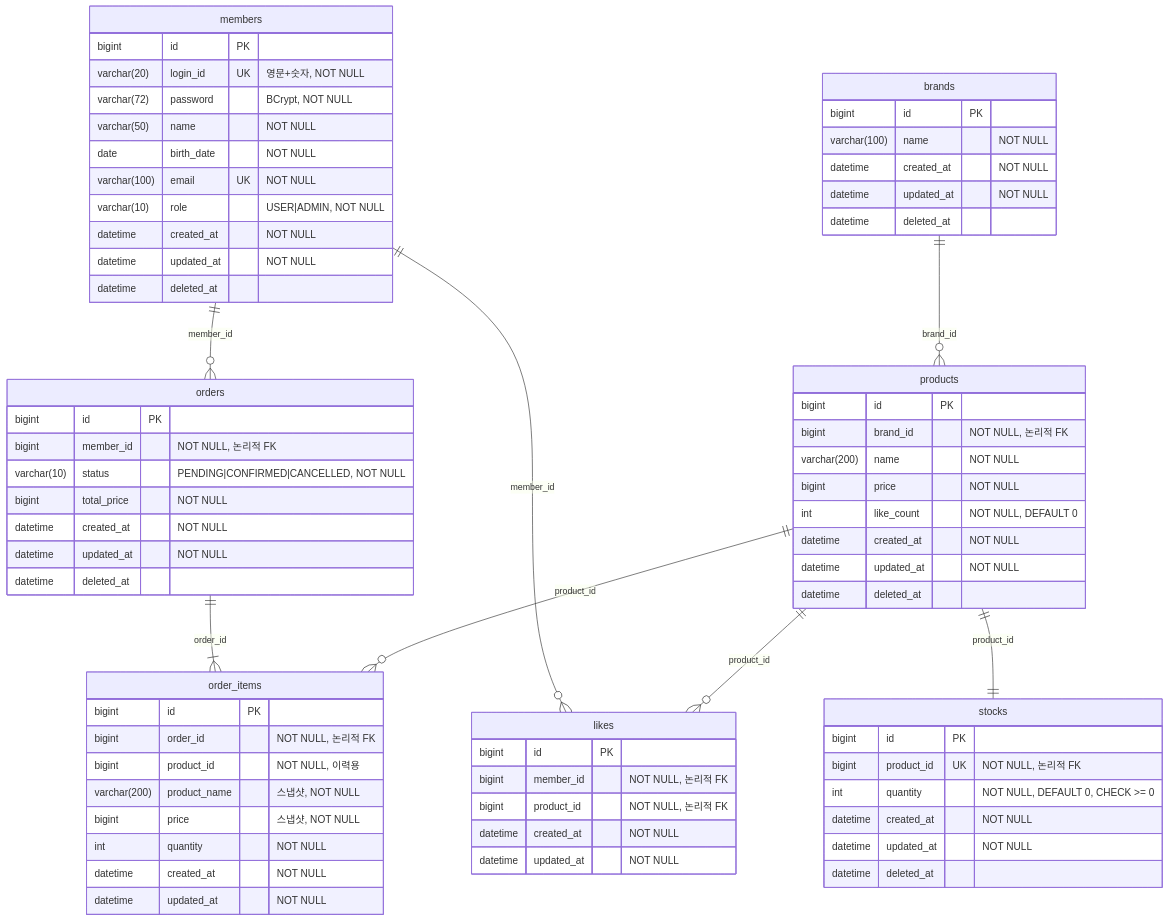
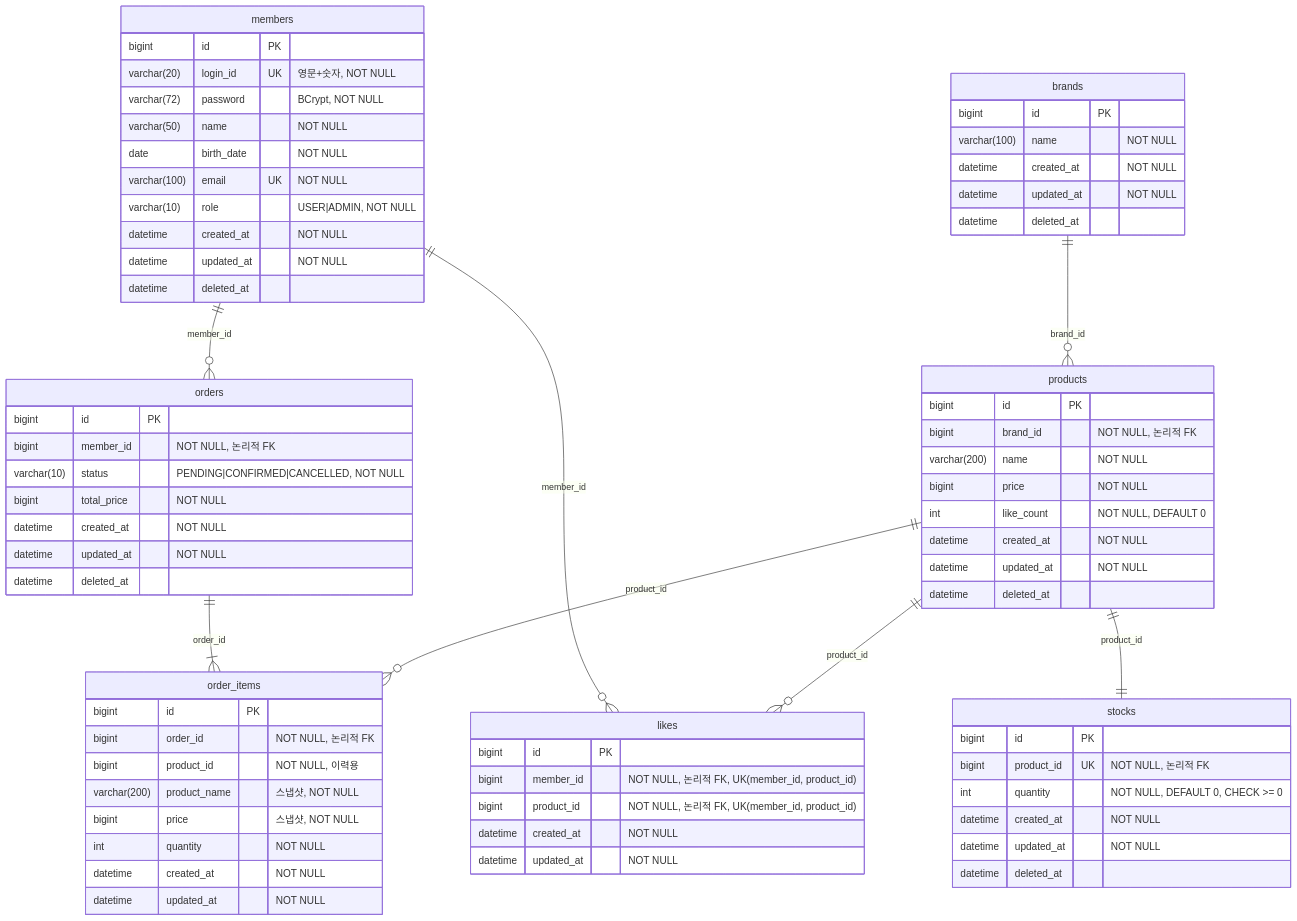
One commit to loopers-labs/loop-pack-be-l2-vol4-java changed the diagram in .docs/design/04-erd.md. Above: the diagram before and after it, drawn with Mermaid. The commit also changed other lines of this file and 3 other files, not shown here.

````diff
--- a/.docs/design/04-erd.md
+++ b/.docs/design/04-erd.md
@@ -13,81 +13,81 @@
 ```mermaid
 erDiagram
 
     members {
         bigint id PK
         varchar(20) login_id UK "영문+숫자, NOT NULL"
         varchar(72) password "BCrypt, NOT NULL"
         varchar(50) name "NOT NULL"
         date birth_date "NOT NULL"
         varchar(100) email UK "NOT NULL"
         varchar(10) role "USER|ADMIN, NOT NULL"
         datetime created_at "NOT NULL"
         datetime updated_at "NOT NULL"
         datetime deleted_at
     }
 
     brands {
         bigint id PK
         varchar(100) name "NOT NULL"
         datetime created_at "NOT NULL"
         datetime updated_at "NOT NULL"
         datetime deleted_at
     }
 
     products {
         bigint id PK
         bigint brand_id "NOT NULL, 논리적 FK"
         varchar(200) name "NOT NULL"
         bigint price "NOT NULL"
         int like_count "NOT NULL, DEFAULT 0"
         datetime created_at "NOT NULL"
         datetime updated_at "NOT NULL"
         datetime deleted_at
     }
 
     stocks {
         bigint id PK
         bigint product_id UK "NOT NULL, 논리적 FK"
         int quantity "NOT NULL, DEFAULT 0, CHECK >= 0"
         datetime created_at "NOT NULL"
         datetime updated_at "NOT NULL"
         datetime deleted_at
     }
 
     likes {
         bigint id PK
-        bigint member_id "NOT NULL, 논리적 FK"
-        bigint product_id "NOT NULL, 논리적 FK"
+        bigint member_id "NOT NULL, 논리적 FK, UK(member_id, product_id)"
+        bigint product_id "NOT NULL, 논리적 FK, UK(member_id, product_id)"
         datetime created_at "NOT NULL"
         datetime updated_at "NOT NULL"
     }
 
     orders {
         bigint id PK
         bigint member_id "NOT NULL, 논리적 FK"
         varchar(10) status "PENDING|CONFIRMED|CANCELLED, NOT NULL"
         bigint total_price "NOT NULL"
         datetime created_at "NOT NULL"
         datetime updated_at "NOT NULL"
         datetime deleted_at
     }
 
     order_items {
         bigint id PK
         bigint order_id "NOT NULL, 논리적 FK"
         bigint product_id "NOT NULL, 이력용"
         varchar(200) product_name "스냅샷, NOT NULL"
         bigint price "스냅샷, NOT NULL"
         int quantity "NOT NULL"
         datetime created_at "NOT NULL"
         datetime updated_at "NOT NULL"
     }
 
     brands ||--o{ products : "brand_id"
     products ||--|| stocks : "product_id"
     members ||--o{ orders : "member_id"
     members ||--o{ likes : "member_id"
     products ||--o{ likes : "product_id"
     orders ||--|{ order_items : "order_id"
     products ||--o{ order_items : "product_id"
 ```
````
